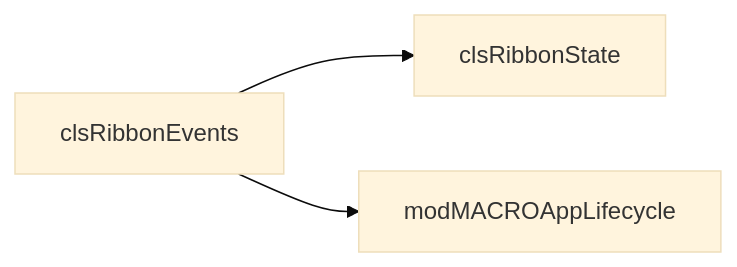
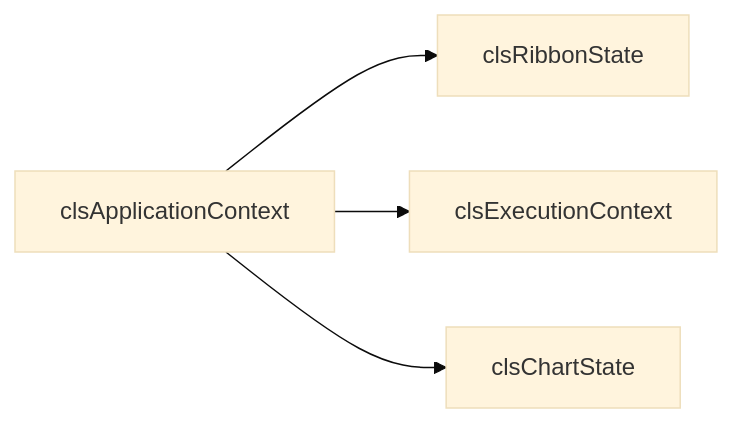
One commit to gautxori-yuyu/claude-vba-excel-abc-refactor changed the third of 13 diagrams in CLAUDE.md. Above: the diagram before and after it, drawn with Mermaid (base theme). The commit also changed other lines of this file, not shown here.

````diff
--- a/CLAUDE.md
+++ b/CLAUDE.md
@@ -177,5 +296,6 @@
 ```mermaid
 graph LR
-    clsRibbonEvents --> clsRibbonState
-    clsRibbonEvents --> modMACROAppLifecycle
+    clsApplicationContext --> clsRibbonState
+    clsApplicationContext --> clsExecutionContext
+    clsApplicationContext --> clsChartState
 ```
````
